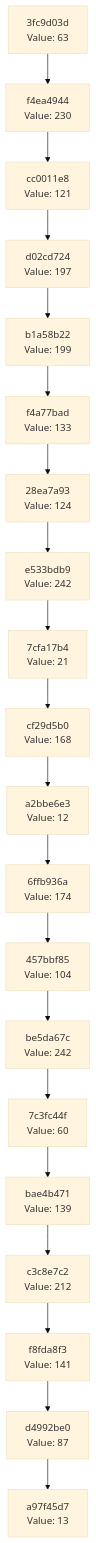
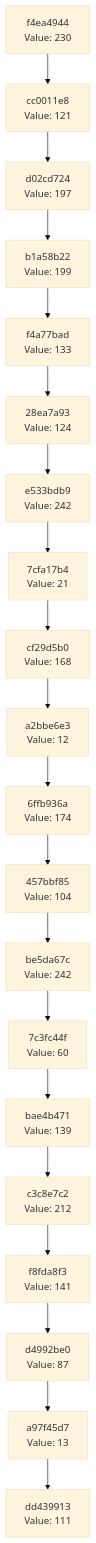
Before and after one commit to Abhisheksinha1506/hash-chain-evolver: the diagram in docs/CHAIN_VISUALIZATION.md, drawn with Mermaid (base theme). The commit also changed 2 other files, not shown here.

Commit message:
Evolution step: hash 0x6F → action executed

````diff
--- a/docs/CHAIN_VISUALIZATION.md
+++ b/docs/CHAIN_VISUALIZATION.md
@@ -3,42 +3,42 @@
 ```mermaid
 graph TD
-    C0["a97f45d7<br/>Value: 13"]
-    C1["d4992be0<br/>Value: 87"]
+    C0["dd439913<br/>Value: 111"]
+    C1["a97f45d7<br/>Value: 13"]
     C1 --> C0
-    C2["f8fda8f3<br/>Value: 141"]
+    C2["d4992be0<br/>Value: 87"]
     C2 --> C1
-    C3["c3c8e7c2<br/>Value: 212"]
+    C3["f8fda8f3<br/>Value: 141"]
     C3 --> C2
-    C4["bae4b471<br/>Value: 139"]
+    C4["c3c8e7c2<br/>Value: 212"]
     C4 --> C3
-    C5["7c3fc44f<br/>Value: 60"]
+    C5["bae4b471<br/>Value: 139"]
     C5 --> C4
-    C6["be5da67c<br/>Value: 242"]
+    C6["7c3fc44f<br/>Value: 60"]
     C6 --> C5
-    C7["457bbf85<br/>Value: 104"]
+    C7["be5da67c<br/>Value: 242"]
     C7 --> C6
-    C8["6ffb936a<br/>Value: 174"]
+    C8["457bbf85<br/>Value: 104"]
     C8 --> C7
-    C9["a2bbe6e3<br/>Value: 12"]
+    C9["6ffb936a<br/>Value: 174"]
     C9 --> C8
-    C10["cf29d5b0<br/>Value: 168"]
+    C10["a2bbe6e3<br/>Value: 12"]
     C10 --> C9
-    C11["7cfa17b4<br/>Value: 21"]
+    C11["cf29d5b0<br/>Value: 168"]
     C11 --> C10
-    C12["e533bdb9<br/>Value: 242"]
+    C12["7cfa17b4<br/>Value: 21"]
     C12 --> C11
-    C13["28ea7a93<br/>Value: 124"]
+    C13["e533bdb9<br/>Value: 242"]
     C13 --> C12
-    C14["f4a77bad<br/>Value: 133"]
+    C14["28ea7a93<br/>Value: 124"]
     C14 --> C13
-    C15["b1a58b22<br/>Value: 199"]
+    C15["f4a77bad<br/>Value: 133"]
     C15 --> C14
-    C16["d02cd724<br/>Value: 197"]
+    C16["b1a58b22<br/>Value: 199"]
     C16 --> C15
-    C17["cc0011e8<br/>Value: 121"]
+    C17["d02cd724<br/>Value: 197"]
     C17 --> C16
-    C18["f4ea4944<br/>Value: 230"]
+    C18["cc0011e8<br/>Value: 121"]
     C18 --> C17
-    C19["3fc9d03d<br/>Value: 63"]
+    C19["f4ea4944<br/>Value: 230"]
     C19 --> C18
 ```
````
